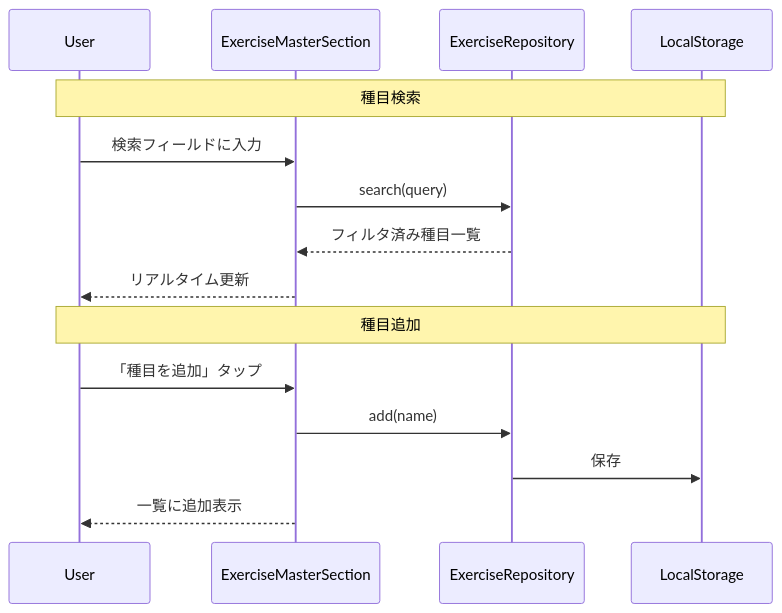
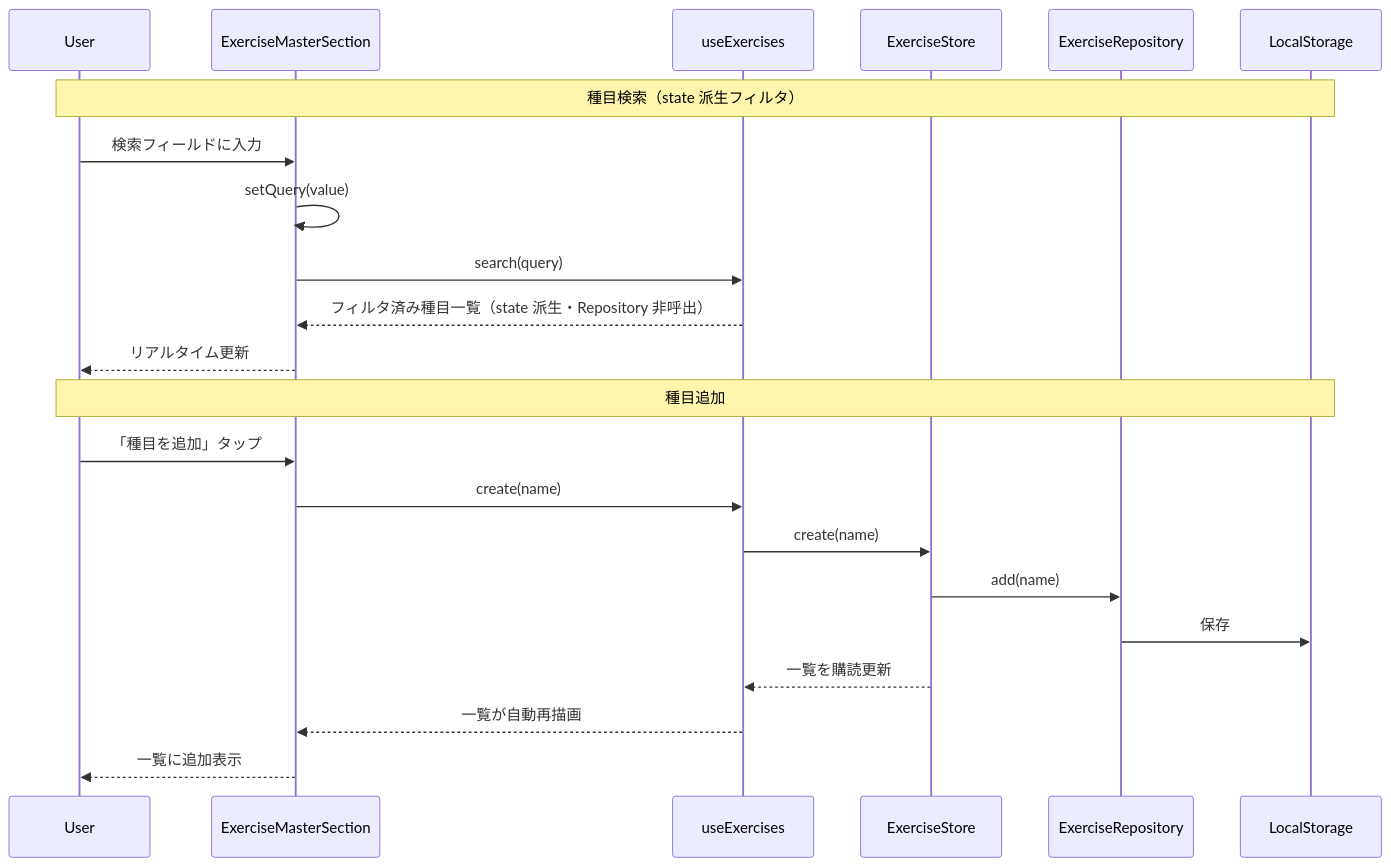
The third of 3 diagrams in .sdd/specification/settings/index_spec.md (SakumaTakuya/gymini), drawn with Mermaid before and after one commit. The commit also changed other lines of this file and 1 other file, not shown here.

````diff
--- a/.sdd/specification/settings/index_spec.md
+++ b/.sdd/specification/settings/index_spec.md
@@ -216,19 +242,26 @@
 ```mermaid
 sequenceDiagram
     participant User
     participant ExerciseMasterSection
+    participant useExercises
+    participant ExerciseStore
     participant ExerciseRepository
     participant LocalStorage
 
-    Note over User,LocalStorage: 種目検索
+    Note over User,LocalStorage: 種目検索（state 派生フィルタ）
     User->>ExerciseMasterSection: 検索フィールドに入力
-    ExerciseMasterSection->>ExerciseRepository: search(query)
-    ExerciseRepository-->>ExerciseMasterSection: フィルタ済み種目一覧
+    ExerciseMasterSection->>ExerciseMasterSection: setQuery(value)
+    ExerciseMasterSection->>useExercises: search(query)
+    useExercises-->>ExerciseMasterSection: フィルタ済み種目一覧（state 派生・Repository 非呼出）
     ExerciseMasterSection-->>User: リアルタイム更新
 
     Note over User,LocalStorage: 種目追加
     User->>ExerciseMasterSection: 「種目を追加」タップ
-    ExerciseMasterSection->>ExerciseRepository: add(name)
+    ExerciseMasterSection->>useExercises: create(name)
+    useExercises->>ExerciseStore: create(name)
+    ExerciseStore->>ExerciseRepository: add(name)
     ExerciseRepository->>LocalStorage: 保存
+    ExerciseStore-->>useExercises: 一覧を購読更新
+    useExercises-->>ExerciseMasterSection: 一覧が自動再描画
     ExerciseMasterSection-->>User: 一覧に追加表示
 ```
````
